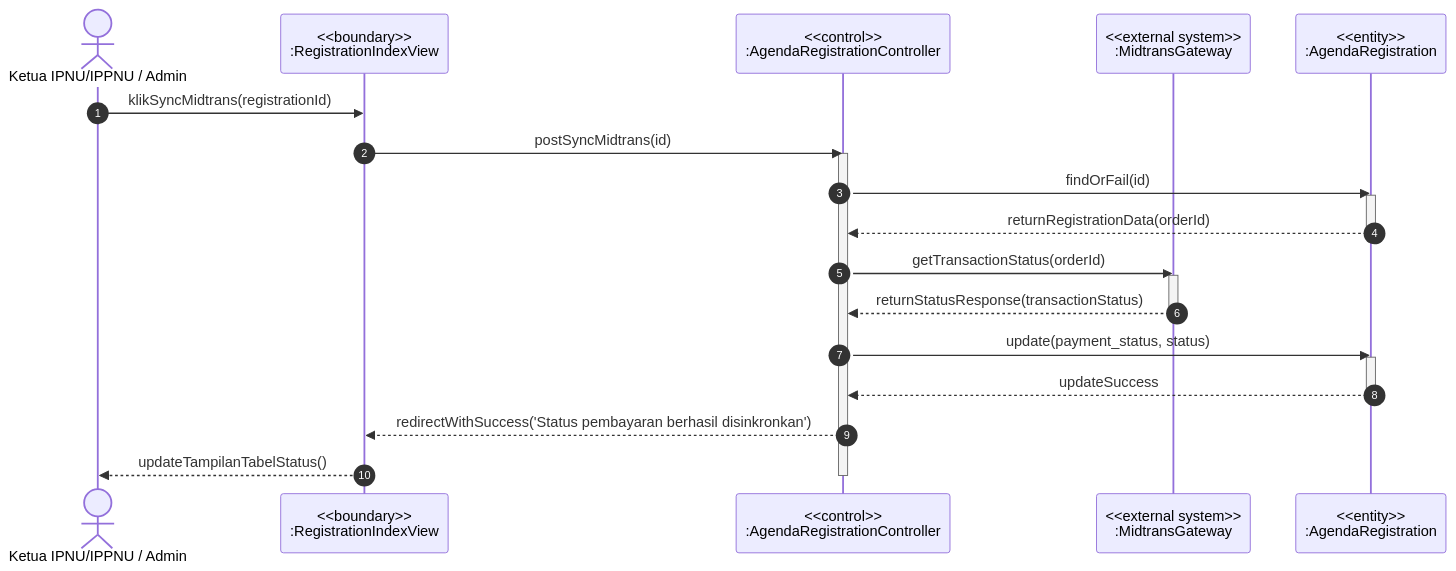
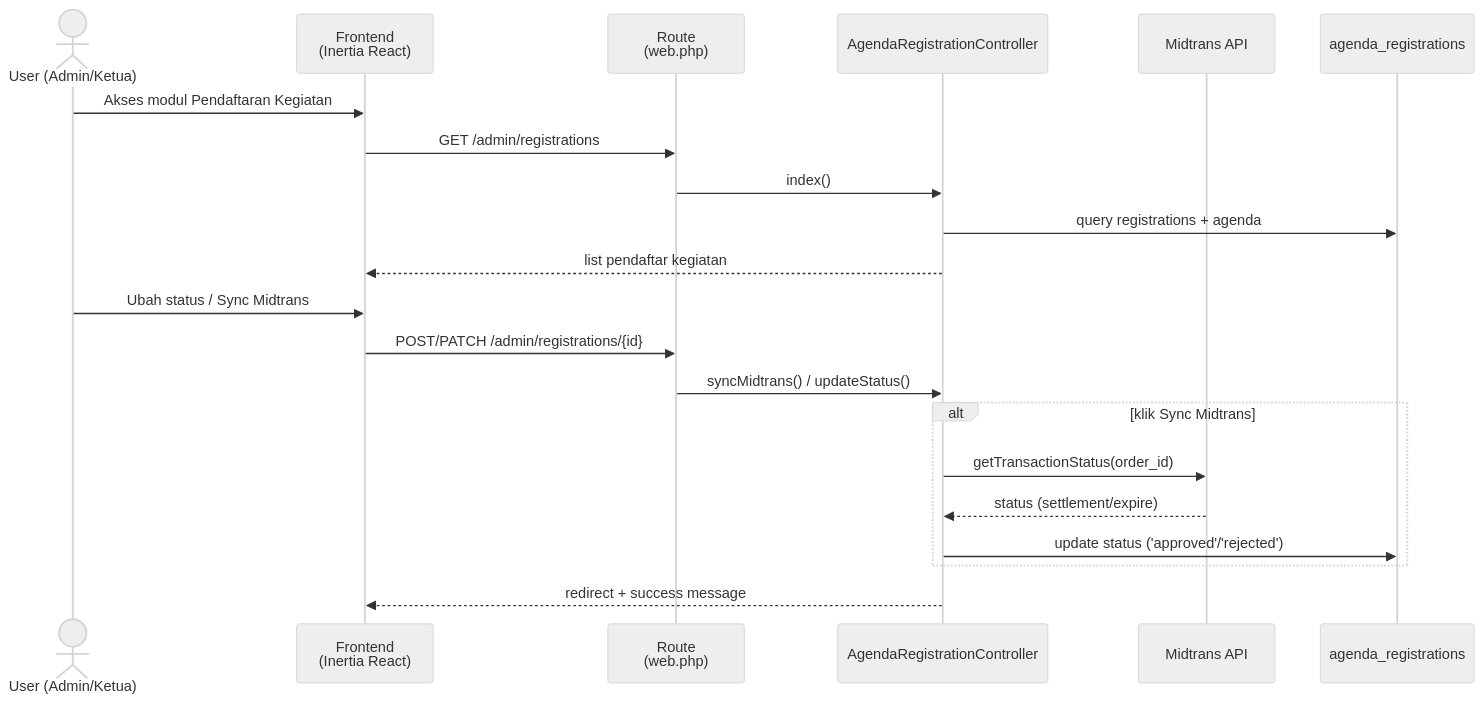
Before and after one commit to rizalmhmd/pk-ipnu-ippnu: the fifth of 7 diagrams in SEQUENCE_DIAGRAM.md, drawn with Mermaid. The commit also changed other lines of this file and 13 other files, not shown here.

````diff
--- a/SEQUENCE_DIAGRAM.md
+++ b/SEQUENCE_DIAGRAM.md
@@ -202,32 +128,25 @@
 ```mermaid
+%%{init: {'theme': 'neutral'}}%%
 sequenceDiagram
-    autonumber
-    actor Pengurus as Ketua IPNU/IPPNU / Admin
-    participant RegView as <<boundary>><br/>:RegistrationIndexView
-    participant RegCtrl as <<control>><br/>:AgendaRegistrationController
-    participant Gateway as <<external system>><br/>:MidtransGateway
-    participant RegModel as <<entity>><br/>:AgendaRegistration
+    actor User as User (Admin/Ketua)
+    participant FE as Frontend<br/>(Inertia React)
+    participant Route as Route<br/>(web.php)
+    participant Ctrl as AgendaRegistrationController
+    participant Midtrans as Midtrans API
+    participant DB as agenda_registrations
 
-    Pengurus->>RegView: klikSyncMidtrans(registrationId)
-    RegView->>RegCtrl: postSyncMidtrans(id)
-    activate RegCtrl
-
-    RegCtrl->>RegModel: findOrFail(id)
-    activate RegModel
-    RegModel-->>RegCtrl: returnRegistrationData(orderId)
-    deactivate RegModel
-
-    RegCtrl->>Gateway: getTransactionStatus(orderId)
-    activate Gateway
-    Gateway-->>RegCtrl: returnStatusResponse(transactionStatus)
-    deactivate Gateway
-
-    RegCtrl->>RegModel: update(payment_status, status)
-    activate RegModel
-    RegModel-->>RegCtrl: updateSuccess
-    deactivate RegModel
-
-    RegCtrl-->>RegView: redirectWithSuccess('Status pembayaran berhasil disinkronkan')
-    RegView-->>Pengurus: updateTampilanTabelStatus()
-    deactivate RegCtrl
+    User->>FE: Akses modul Pendaftaran Kegiatan
+    FE->>Route: GET /admin/registrations
+    Route->>Ctrl: index()
+    Ctrl->>DB: query registrations + agenda
+    Ctrl-->>FE: list pendaftar kegiatan
+    User->>FE: Ubah status / Sync Midtrans
+    FE->>Route: POST/PATCH /admin/registrations/{id}
+    Route->>Ctrl: syncMidtrans() / updateStatus()
+    alt klik Sync Midtrans
+        Ctrl->>Midtrans: getTransactionStatus(order_id)
+        Midtrans-->>Ctrl: status (settlement/expire)
+        Ctrl->>DB: update status ('approved'/'rejected')
+    end
+    Ctrl-->>FE: redirect + success message
 ```
````
